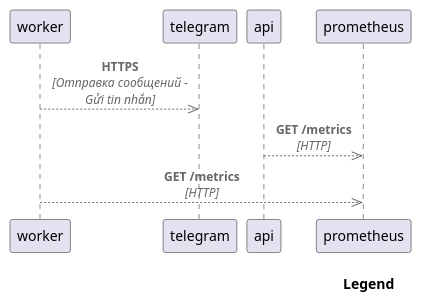
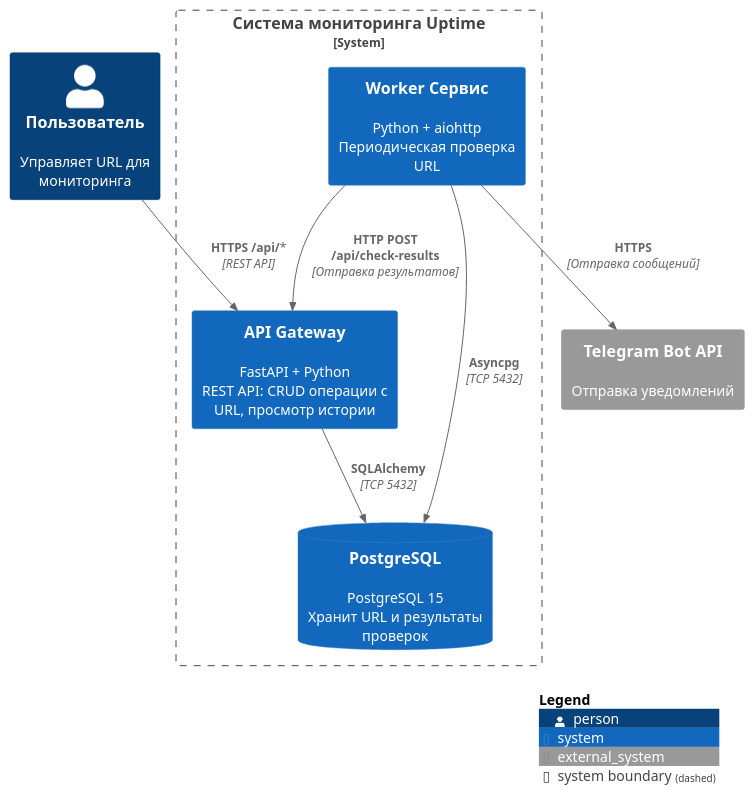
Before and after one commit to PhanTrang-PHAN/uptime-monitor-microservice: the diagram in practice1-architecture/diagrams/container.puml, drawn with PlantUML. The commit also changed other lines of this file and 9 other files, not shown here.

```diff
--- a/practice1-architecture/diagrams/container.puml
+++ b/practice1-architecture/diagrams/container.puml
@@ -2,15 +2,25 @@
 @startuml
 ' ============================================
-' DIAGRAM CONTAINER (C2) - UPTIME MONITOR
-' Container diagram - Chi tiết hơn context
+' ДИАГРАММА КОНТЕЙНЕРОВ (C2) - UPTIME MONITOR
 ' ============================================
 
-!include https://raw.githubusercontent.com/plantuml-stdlib/C4-PlantUML/master/C4_Container.puml
-' External connections
-Rel(worker, telegram, "HTTPS", "Отправка сообщений - Gửi tin nhắn")
-Rel(api, prometheus, "GET /metrics", "HTTP")
-Rel(worker, prometheus, "GET /metrics", "HTTP")
+!include ../libs/C4_Context.puml
+
+Person(user, "Пользователь", "Управляет URL для мониторинга")
+
+System_Boundary(um, "Система мониторинга Uptime") {
+    System(api, "API Gateway", "FastAPI + Python\nREST API: CRUD операции с URL, просмотр истории")
+    System(worker, "Worker Сервис", "Python + aiohttp\nПериодическая проверка URL")
+    SystemDb(db, "PostgreSQL", "PostgreSQL 15\nХранит URL и результаты проверок")
+}
+
+System_Ext(telegram, "Telegram Bot API", "Отправка уведомлений")
+
+Rel(user, api, "HTTPS /api/*", "REST API")
+Rel(api, db, "SQLAlchemy", "TCP 5432")
+Rel(worker, db, "Asyncpg", "TCP 5432")
+Rel(worker, api, "HTTP POST /api/check-results", "Отправка результатов")
+Rel(worker, telegram, "HTTPS", "Отправка сообщений")
 
 SHOW_LEGEND()
-
 @enduml
```
